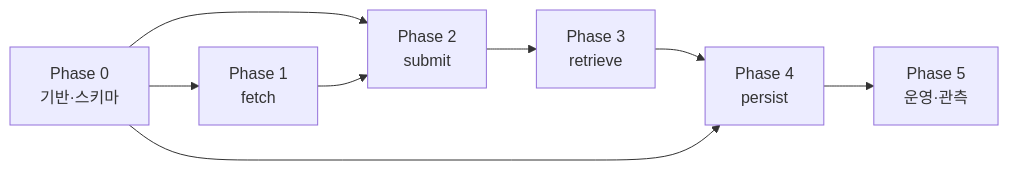
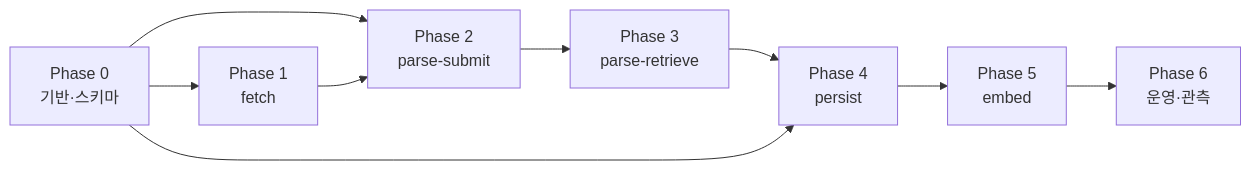
One commit to tkddnr1022/mealio changed the diagram in agent/backend/recipe_ingestion_plan.md. Above: the diagram before and after it, drawn with Mermaid. The commit also changed other lines of this file and 81 other files, not shown here.

````diff
--- a/agent/backend/recipe_ingestion_plan.md
+++ b/agent/backend/recipe_ingestion_plan.md
@@ -76,10 +78,11 @@
 ```mermaid
 flowchart LR
   P0[Phase 0<br/>기반·스키마] --> P1[Phase 1<br/>fetch]
-  P0 --> P2[Phase 2<br/>submit]
+  P0 --> P2[Phase 2<br/>parse-submit]
   P1 --> P2
-  P2 --> P3[Phase 3<br/>retrieve]
+  P2 --> P3[Phase 3<br/>parse-retrieve]
   P3 --> P4[Phase 4<br/>persist]
-  P4 --> P5[Phase 5<br/>운영·관측]
+  P4 --> P5[Phase 5<br/>embed]
+  P5 --> P6[Phase 6<br/>운영·관측]
   P0 --> P4
 ```
````
